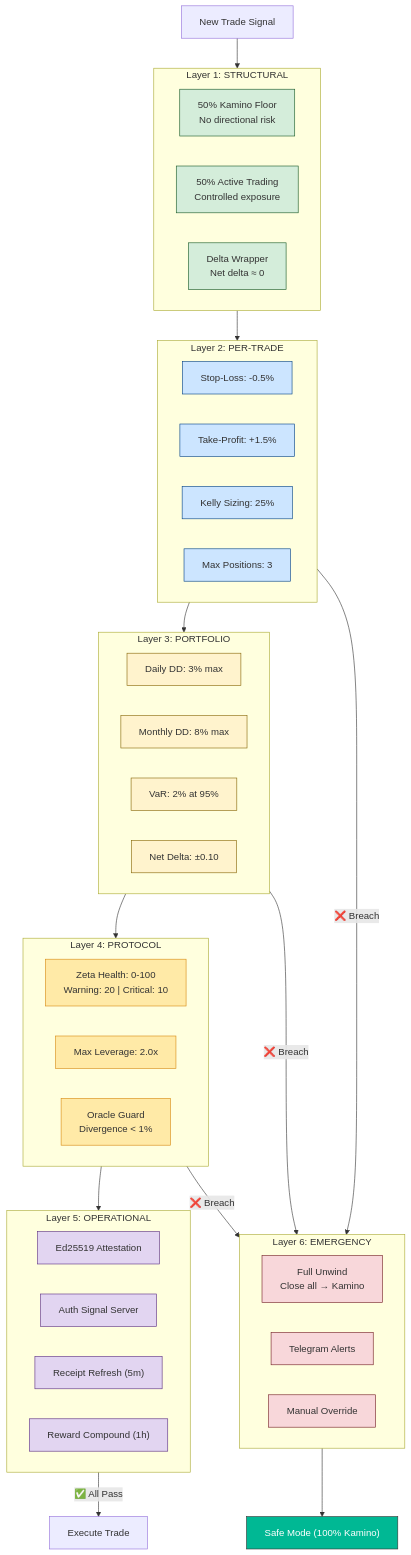
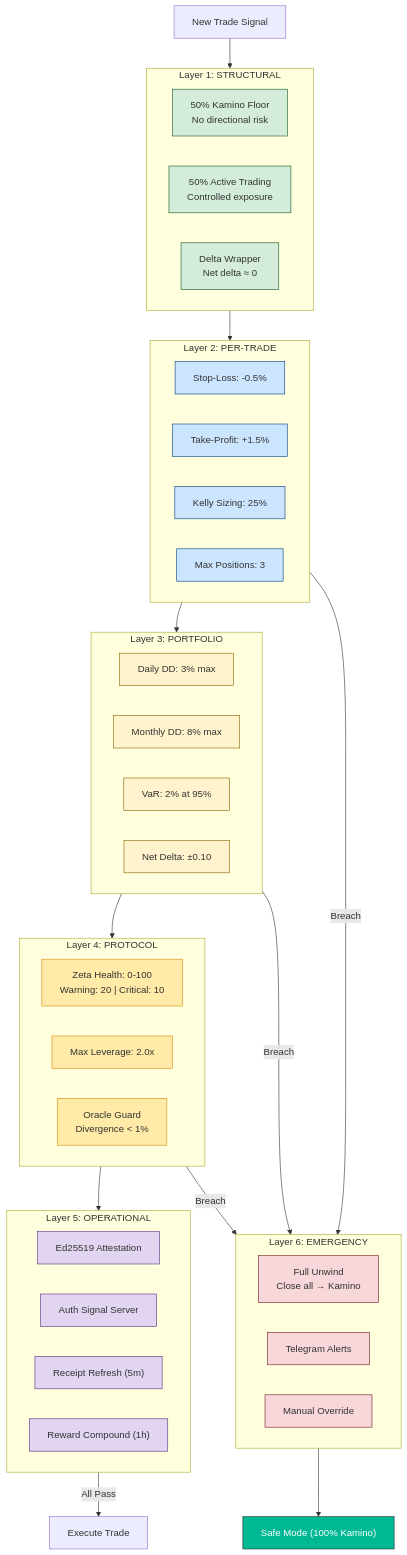
Before and after one commit to Ashutosh0x/ranger-ai-vault: the sixth of 20 diagrams in docs/ARCHITECTURE.md, drawn with Mermaid. The commit also changed other lines of this file and 71 other files, not shown here.

````diff
--- a/docs/ARCHITECTURE.md
+++ b/docs/ARCHITECTURE.md
@@ -471,69 +471,69 @@
 ```mermaid
 graph TB
-    subgraph Layer1["Layer 1: STRUCTURAL"]
-        L1A["50% Kamino Floor<br/>No directional risk"]
-        L1B["50% Active Trading<br/>Controlled exposure"]
-        L1C["Delta Wrapper<br/>Net delta ≈ 0"]
-    end
+ subgraph Layer1["Layer 1: STRUCTURAL"]
+ L1A["50% Kamino Floor<br/>No directional risk"]
+ L1B["50% Active Trading<br/>Controlled exposure"]
+ L1C["Delta Wrapper<br/>Net delta ≈ 0"]
+ end
 
-    subgraph Layer2["Layer 2: PER-TRADE"]
-        L2A["Stop-Loss: -0.5%"]
-        L2B["Take-Profit: +1.5%"]
-        L2C["Kelly Sizing: 25%"]
-        L2D["Max Positions: 3"]
-    end
+ subgraph Layer2["Layer 2: PER-TRADE"]
+ L2A["Stop-Loss: -0.5%"]
+ L2B["Take-Profit: +1.5%"]
+ L2C["Kelly Sizing: 25%"]
+ L2D["Max Positions: 3"]
+ end
 
-    subgraph Layer3["Layer 3: PORTFOLIO"]
-        L3A["Daily DD: 3% max"]
-        L3B["Monthly DD: 8% max"]
-        L3C["VaR: 2% at 95%"]
-        L3D["Net Delta: ±0.10"]
-    end
+ subgraph Layer3["Layer 3: PORTFOLIO"]
+ L3A["Daily DD: 3% max"]
+ L3B["Monthly DD: 8% max"]
+ L3C["VaR: 2% at 95%"]
+ L3D["Net Delta: ±0.10"]
+ end
 
-    subgraph Layer4["Layer 4: PROTOCOL"]
-        L4A["Zeta Health: 0-100<br/>Warning: 20 | Critical: 10"]
-        L4B["Max Leverage: 2.0x"]
-        L4C["Oracle Guard<br/>Divergence < 1%"]
-    end
+ subgraph Layer4["Layer 4: PROTOCOL"]
+ L4A["Zeta Health: 0-100<br/>Warning: 20 | Critical: 10"]
+ L4B["Max Leverage: 2.0x"]
+ L4C["Oracle Guard<br/>Divergence < 1%"]
+ end
 
-    subgraph Layer5["Layer 5: OPERATIONAL"]
-        L5A["Ed25519 Attestation"]
-        L5B["Auth Signal Server"]
-        L5C["Receipt Refresh (5m)"]
-        L5D["Reward Compound (1h)"]
-    end
+ subgraph Layer5["Layer 5: OPERATIONAL"]
+ L5A["Ed25519 Attestation"]
+ L5B["Auth Signal Server"]
+ L5C["Receipt Refresh (5m)"]
+ L5D["Reward Compound (1h)"]
+ end
 
-    subgraph Layer6["Layer 6: EMERGENCY"]
-        L6A["Full Unwind<br/>Close all → Kamino"]
-        L6B["Telegram Alerts"]
-        L6C["Manual Override"]
-    end
+ subgraph Layer6["Layer 6: EMERGENCY"]
+ L6A["Full Unwind<br/>Close all → Kamino"]
+ L6B["Telegram Alerts"]
+ L6C["Manual Override"]
+ end
 
-    Trade["New Trade Signal"] --> Layer1
-    Layer1 --> Layer2
-    Layer2 --> Layer3
-    Layer3 --> Layer4
-    Layer4 --> Layer5
-    Layer5 -->|"✅ All Pass"| Execute["Execute Trade"]
+ Trade["New Trade Signal"] --> Layer1
+ Layer1 --> Layer2
+ Layer2 --> Layer3
+ Layer3 --> Layer4
+ Layer4 --> Layer5
+ Layer5 -->|" All Pass"| Execute["Execute Trade"]
 
-    Layer2 -->|"❌ Breach"| Layer6
-    Layer3 -->|"❌ Breach"| Layer6
-    Layer4 -->|"❌ Breach"| Layer6
-    Layer6 --> SafeMode["Safe Mode (100% Kamino)"]
+ Layer2 -->|" Breach"| Layer6
+ Layer3 -->|" Breach"| Layer6
+ Layer4 -->|" Breach"| Layer6
+ Layer6 --> SafeMode["Safe Mode (100% Kamino)"]
 
-    classDef l1 fill:#d4edda,stroke:#155724
-    classDef l2 fill:#cce5ff,stroke:#004085
-    classDef l3 fill:#fff3cd,stroke:#856404
-    classDef l4 fill:#ffeaa7,stroke:#d68910
-    classDef l5 fill:#e2d5f1,stroke:#5a2d82
-    classDef l6 fill:#f8d7da,stroke:#721c24
-    classDef safe fill:#00b894,stroke:#333,color:#fff
+ classDef l1 fill:#d4edda,stroke:#155724
+ classDef l2 fill:#cce5ff,stroke:#004085
+ classDef l3 fill:#fff3cd,stroke:#856404
+ classDef l4 fill:#ffeaa7,stroke:#d68910
+ classDef l5 fill:#e2d5f1,stroke:#5a2d82
+ classDef l6 fill:#f8d7da,stroke:#721c24
+ classDef safe fill:#00b894,stroke:#333,color:#fff
 
-    class L1A,L1B,L1C l1
-    class L2A,L2B,L2C,L2D l2
-    class L3A,L3B,L3C,L3D l3
-    class L4A,L4B,L4C l4
-    class L5A,L5B,L5C,L5D l5
-    class L6A,L6B,L6C l6
-    class SafeMode safe
+ class L1A,L1B,L1C l1
+ class L2A,L2B,L2C,L2D l2
+ class L3A,L3B,L3C,L3D l3
+ class L4A,L4B,L4C l4
+ class L5A,L5B,L5C,L5D l5
+ class L6A,L6B,L6C l6
+ class SafeMode safe
 ```
````
